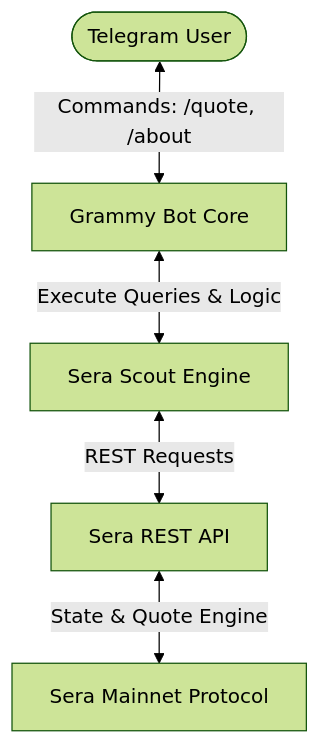
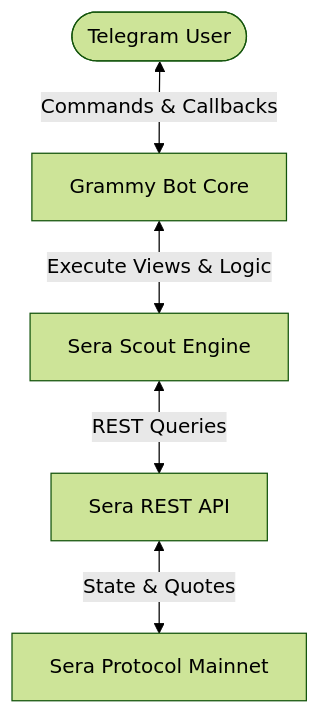
The diagram in README.md (pulkit136/sera-scout-bot), drawn with Mermaid (forest theme) before and after one commit. The commit also changed other lines of this file and 1 other file, not shown here.

````diff
--- a/README.md
+++ b/README.md
@@ -45,13 +13,13 @@
 ```mermaid
 graph TD
-    User([Telegram User])
-    Bot[Grammy Bot Core]
-    Engine[Sera Scout Engine]
-    API[Sera REST API]
-    Mainnet[Sera Mainnet Protocol]
+    TelegramUser([Telegram User])
+    GrammyBot[Grammy Bot Core]
+    ScoutEngine[Sera Scout Engine]
+    SeraAPI[Sera REST API]
+    Mainnet[Sera Protocol Mainnet]
     
-    User <-->|Commands: /quote, /about| Bot
-    Bot <-->|Execute Queries & Logic| Engine
-    Engine <-->|REST Requests| API
-    API <-->|State & Quote Engine| Mainnet
+    TelegramUser <-->|Commands & Callbacks| GrammyBot
+    GrammyBot <-->|Execute Views & Logic| ScoutEngine
+    ScoutEngine <-->|REST Queries| SeraAPI
+    SeraAPI <-->|State & Quotes| Mainnet
 ```
````
